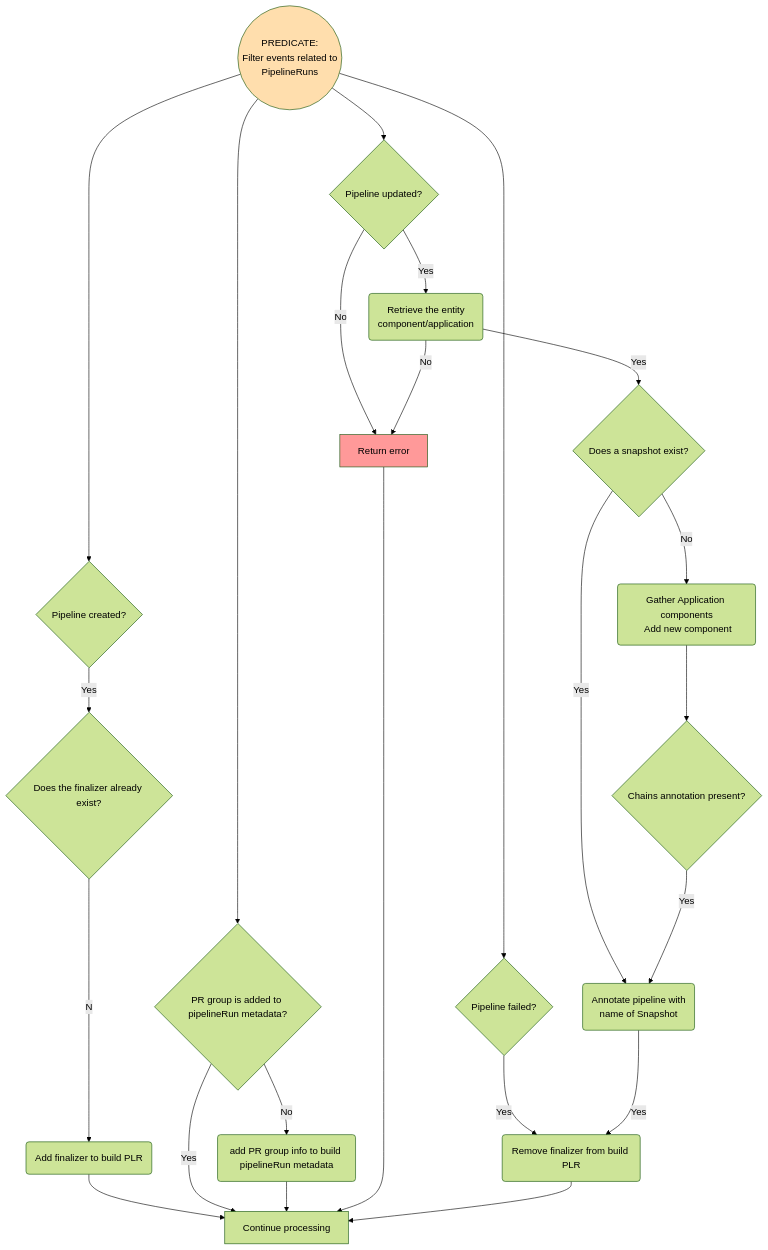
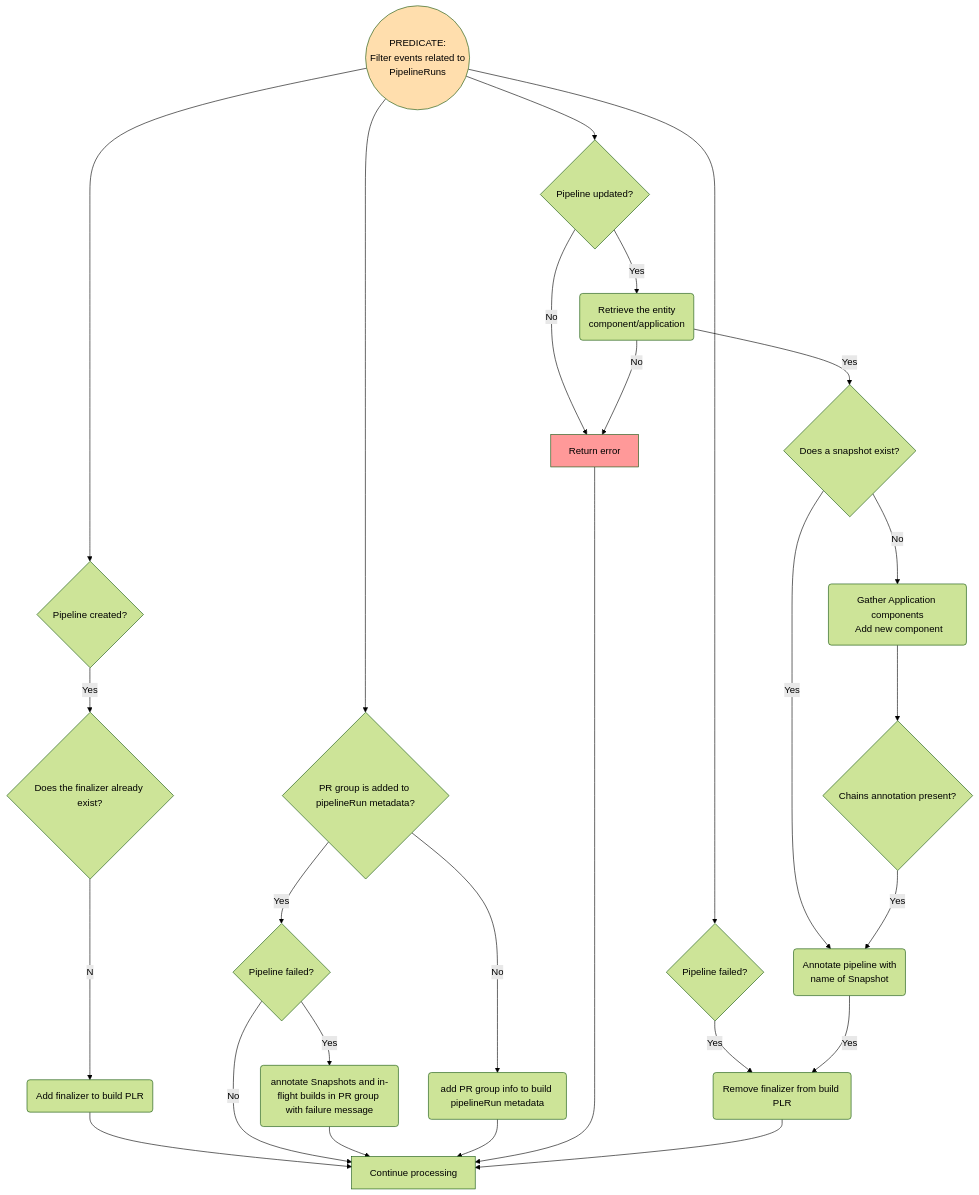
Before and after one commit to konflux-ci/integration-service: the diagram in docs/build_pipeline_controller.md, drawn with Mermaid. The commit also changed 7 other files, not shown here.

First line of the commit message:
feat(STONEINTG-1003): notify PRs in group of build failure

````diff
--- a/docs/build_pipeline_controller.md
+++ b/docs/build_pipeline_controller.md
@@ -3,56 +3,61 @@
 ```mermaid
 
 %%{init: {'theme':'forest'}}%%
 flowchart TD
 %% Defining the styles
   classDef Red fill:#FF9999;
   classDef Amber fill:#FFDEAD;
   classDef Green fill:#BDFFA4;
 
   %% Node definitions
 predicate((PREDICATE: <br> Filter events related to <br> PipelineRuns))
 new_pipeline_run{Pipeline created?}
 new_pipeline_run_without_prgroup{PR group is added to pipelineRun metadata?}
 get_pipeline_run{Pipeline updated?}
 failed_pipeline_run{Pipeline failed?}
 finalizer_exists{Does the finalizer already exist?}
 retrieve_associated_entity(Retrieve the entity <br> component/application)
 determine_snapshot{Does a snapshot exist?}
 prep_snapshot(Gather Application components<br> Add new component)
 check_chains{Chains annotation present?}
 annotate_pipelineRun(Annotate pipeline with <br> name of Snapshot)
 add_finalizer(Add finalizer to build PLR)
 remove_finalizer(Remove finalizer from build PLR)
 error[Return error]
 continue[Continue processing]
 update_metadata(add PR group info to build pipelineRun metadata)
+notify_pr_group_failure(annotate Snapshots and in-flight builds in PR group with failure message)
+failed_group_pipeline_run{Pipeline failed?}
 
 %% Node connections
 predicate                        --> get_pipeline_run
 predicate                       -->  new_pipeline_run
 predicate                       -->  new_pipeline_run_without_prgroup
 predicate                       -->  failed_pipeline_run
 new_pipeline_run           --Yes-->  finalizer_exists
 finalizer_exists           --No-->   add_finalizer
 add_finalizer                    --> continue
 failed_pipeline_run        --Yes --> remove_finalizer
 new_pipeline_run_without_prgroup --No  --> update_metadata
-new_pipeline_run_without_prgroup --Yes  --> continue
-update_metadata                    --> continue
+new_pipeline_run_without_prgroup --Yes  --> failed_group_pipeline_run
+failed_group_pipeline_run  --Yes --> notify_pr_group_failure
+failed_group_pipeline_run   --No --> continue
+notify_pr_group_failure          --> continue
+update_metadata                  --> continue
 get_pipeline_run           --Yes --> retrieve_associated_entity
 get_pipeline_run           --No  --> error
 retrieve_associated_entity --No  --> error
 error                            --> continue
 retrieve_associated_entity --Yes --> determine_snapshot
 determine_snapshot         --Yes --> annotate_pipelineRun
 determine_snapshot         --No  --> prep_snapshot
 prep_snapshot                    --> check_chains
 check_chains               --Yes --> annotate_pipelineRun
 annotate_pipelineRun       --Yes --> remove_finalizer
 remove_finalizer                 --> continue
 
 %% Assigning styles to nodes
 class predicate Amber;
 class error Red;
 
   ```
````
